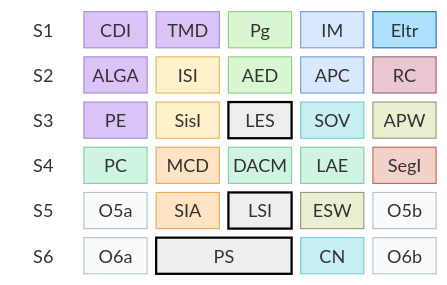
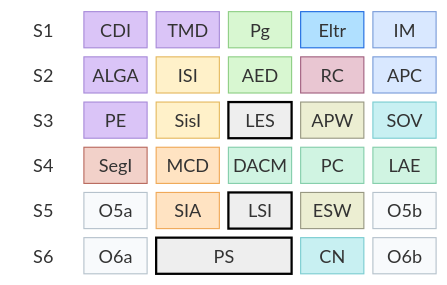
One commit to jtrindade/isel-programs changed the diagram in LEIC-2028a.mmd. Above: the diagram before and after it, drawn with Mermaid. The commit also changed other lines of this file and 4 other files, not shown here.

```diff
--- a/LEIC-2028a.mmd
+++ b/LEIC-2028a.mmd
@@ -1,98 +1,98 @@
 
 block-beta
   columns 6
 
   %% Semestre 1
   S1["S1"]
   CDI["CDI"]
   TMD["TMD"]
   Pg["Pg"]
+  Eltr["Eltr"]
   IM["IM"]
-  Eltr["Eltr"]
 
   %% Semestre 2
   S2["S2"]
   ALGA["ALGA"]
   ISI["ISI"]
   AED["AED"]
+  RC["RC"]
   APC["APC"]
-  RC["RC"]
 
   %% Semestre 3
   S3["S3"]
   PE["PE"]
   SisI["SisI"]
   LES["LES"]
+  APW["APW"]
   SOV["SOV"]
-  APW["APW"]
 
   %% Semestre 4
   S4["S4"]
-  PC["PC"]
+  SegI["SegI"]
   MCD["MCD"]
   DACM["DACM"]
+  PC["PC"]
   LAE["LAE"]
-  SegI["SegI"]
 
   %% Semestre 5
   S5["S5"]
   O5a["O5a"]
   SIA["SIA"]
   LSI["LSI"]
   ESW["ESW"]
   O5b["O5b"]
 
   %% Semestre 6
   S6["S6"]
   O6a["O6a"]
   PS["PS"]:2
   CN["CN"]
   O6b["O6b"]
 
   style S1 fill:none,stroke:none
   style S2 fill:none,stroke:none
   style S3 fill:none,stroke:none
   style S4 fill:none,stroke:none
   style S5 fill:none,stroke:none
   style S6 fill:none,stroke:none
 
   style CDI  fill:#dac4f7,stroke:#a88bd9
   style TMD  fill:#dac4f7,stroke:#a88bd9
   style ALGA fill:#dac4f7,stroke:#a88bd9
   style PE   fill:#dac4f7,stroke:#a88bd9
 
   style RC fill:#e9c6d2,stroke:#a1607f
   style Eltr fill:#b0e0ff,stroke:#1f6be1
 
   style IM  fill:#d9e8ff,stroke:#7a9cd9
   style APC fill:#d9e8ff,stroke:#7a9cd9
 
   style APW fill:#ECEED2,stroke:#989882
   style ESW fill:#ECEED2,stroke:#989882
 
   style SOV fill:#c8f0f2,stroke:#7bcdd1
   style CN  fill:#c8f0f2,stroke:#7bcdd1
 
   style LAE  fill:#D0F4E2,stroke:#85CEAB
   style PC   fill:#D0F4E2,stroke:#85CEAB
   style DACM fill:#D0F4E2,stroke:#85CEAB
 
   style Pg  fill:#d8f7d1,stroke:#8ecf85
   style AED fill:#d8f7d1,stroke:#8ecf85
 
   style ISI  fill:#fff1c9,stroke:#e5b95f
   style SisI fill:#fff1c9,stroke:#e5b95f
 
   style MCD fill:#ffe3c2,stroke:#f0a958
   style SIA fill:#ffe3c2,stroke:#f0a958
 
   style SegI fill:#f2d1c9,stroke:#b96a5f
 
   style O5a fill:#f8fafc,stroke:#b6c2cc
   style O5b fill:#f8fafc,stroke:#b6c2cc
   style O6a fill:#f8fafc,stroke:#b6c2cc
   style O6b fill:#f8fafc,stroke:#b6c2cc
 
   style LES fill:#eee,stroke:#000,stroke-width:2px,font-weight:bold
   style LSI fill:#eee,stroke:#000,stroke-width:2px,font-weight:bold
   style PS  fill:#eee,stroke:#000,stroke-width:2px,font-weight:bold
```
